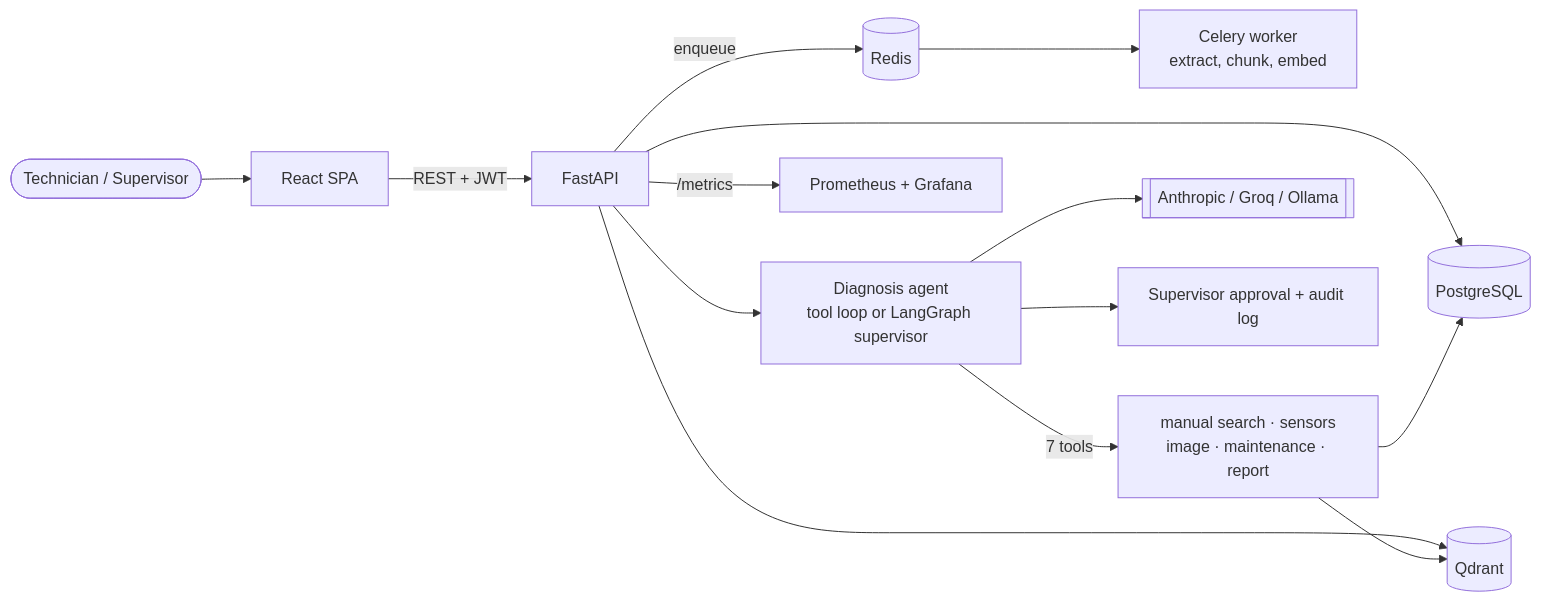
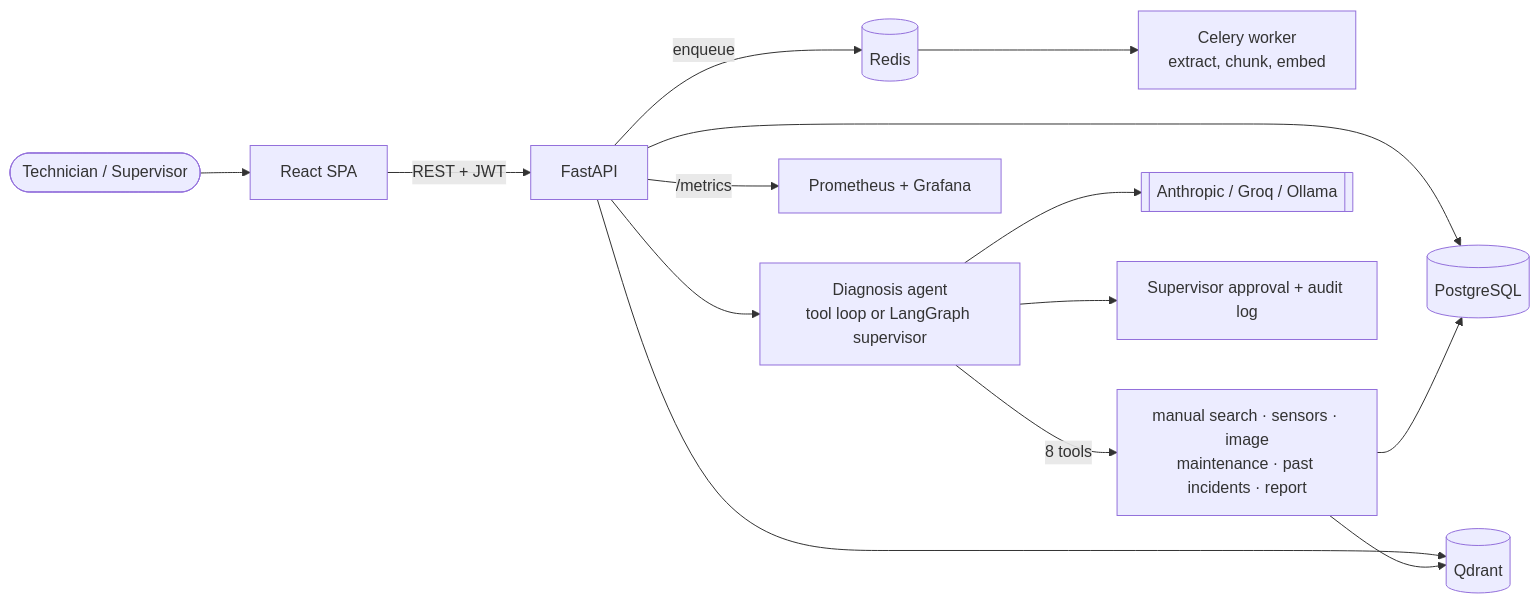
The diagram in README.md (nithya-prakash/IndustrialAICopilot), drawn with Mermaid before and after one commit. The commit also changed other lines of this file and 8 other files, not shown here.

Commit message:
Add incident memory: search_past_incidents tool over supervisor-approved diagnoses, and a history specialist in the supervisor graph

````diff
--- a/README.md
+++ b/README.md
@@ -34,14 +34,14 @@
 ```mermaid
 flowchart LR
     User(["Technician / Supervisor"]) --> FE["React SPA"]
     FE -- "REST + JWT" --> API["FastAPI"]
     API --> PG[("PostgreSQL")]
     API --> QD[("Qdrant")]
     API -- enqueue --> RD[("Redis")] --> WK["Celery worker<br/>extract, chunk, embed"]
     API --> AG["Diagnosis agent<br/>tool loop or LangGraph supervisor"]
-    AG -- "7 tools" --> TL["manual search · sensors<br/>image · maintenance · report"]
+    AG -- "8 tools" --> TL["manual search · sensors · image<br/>maintenance · past incidents · report"]
     TL --> PG & QD
     AG --> LLM[["Anthropic / Groq / Ollama"]]
     AG --> AP["Supervisor approval + audit log"]
     API -- "/metrics" --> PR["Prometheus + Grafana"]
 ```
````
